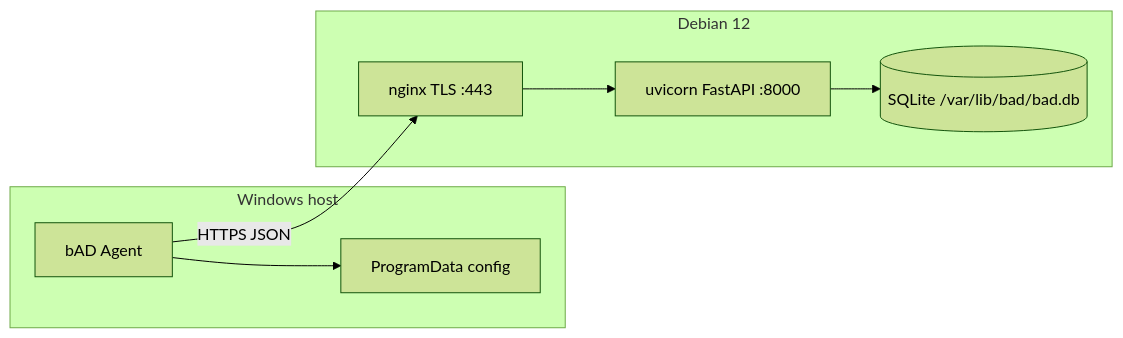
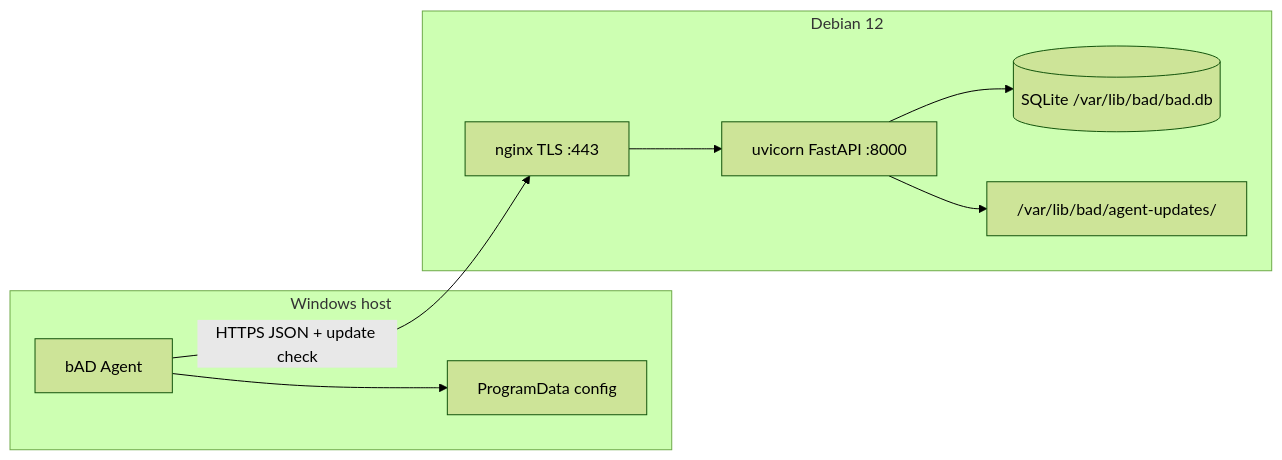
Before and after one commit to blazerity/bAD: the first of 2 diagrams in docs/architecture.md, drawn with Mermaid (forest theme). The commit also changed other lines of this file and 27 other files, not shown here.

````diff
--- a/docs/architecture.md
+++ b/docs/architecture.md
@@ -14,15 +15,17 @@
 ```mermaid
 flowchart LR
   subgraph Win["Windows host"]
     SVC["bAD Agent"]
     CFG["ProgramData config"]
     SVC --> CFG
   end
   subgraph Deb["Debian 12"]
     NGX["nginx TLS :443"]
     API["uvicorn FastAPI :8000"]
     DB[("SQLite /var/lib/bad/bad.db")]
+    STORE["/var/lib/bad/agent-updates/"]
     NGX --> API --> DB
+    API --> STORE
   end
-  SVC -->|"HTTPS JSON"| NGX
+  SVC -->|"HTTPS JSON + update check"| NGX
 ```
````
